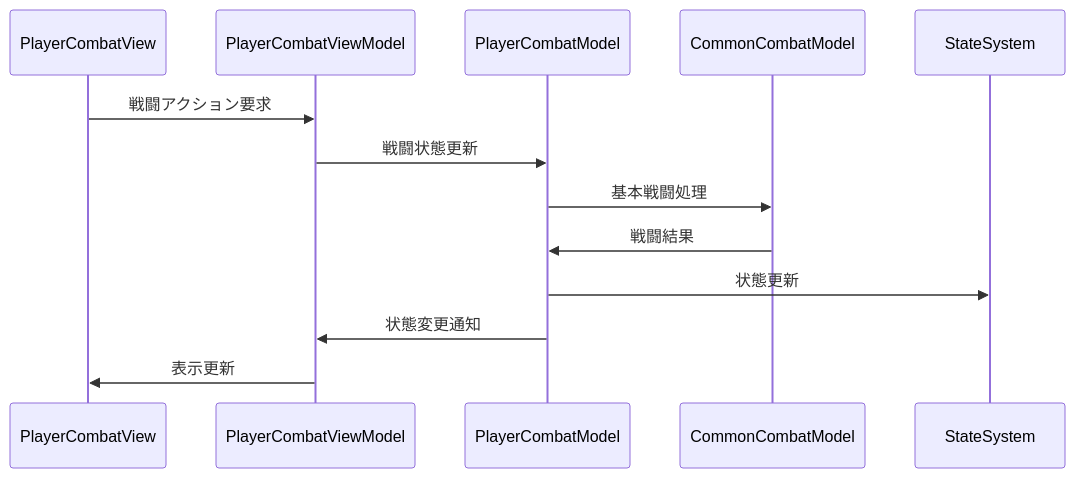
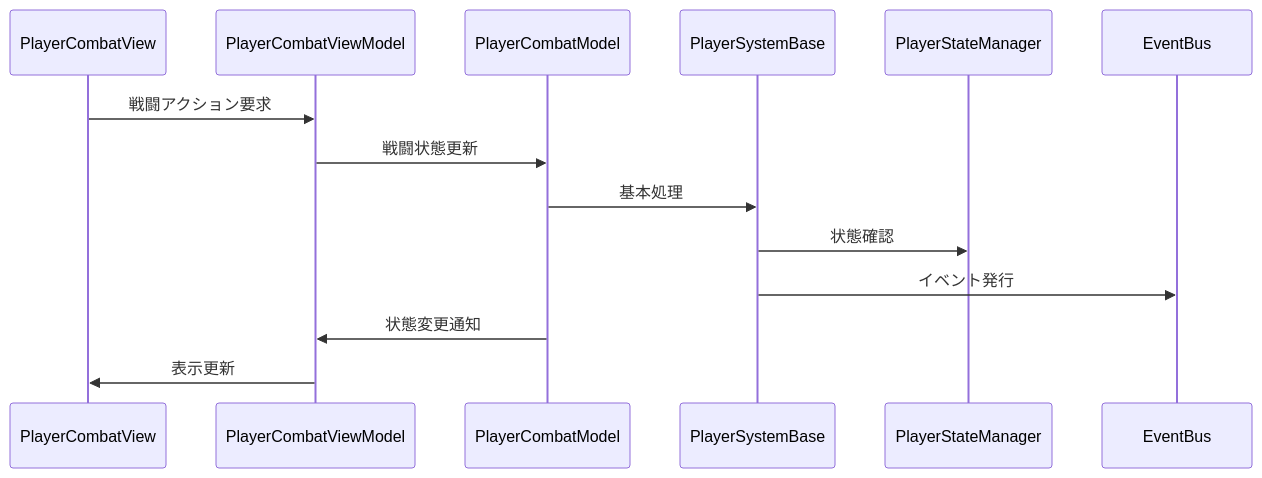
Before and after one commit to nel2116/GodotGame: the second of 2 diagrams in Docs/10_CoreDocs/12_Architecture/12_03_detailed_design/02_systems/01_player_system/03_combat_system.md, drawn with Mermaid. The commit also changed other lines of this file and 5 other files, not shown here.

````diff
--- a/Docs/10_CoreDocs/12_Architecture/12_03_detailed_design/02_systems/01_player_system/03_combat_system.md
+++ b/Docs/10_CoreDocs/12_Architecture/12_03_detailed_design/02_systems/01_player_system/03_combat_system.md
@@ -94,16 +97,17 @@
 ```mermaid
 sequenceDiagram
     participant View as PlayerCombatView
     participant ViewModel as PlayerCombatViewModel
     participant Model as PlayerCombatModel
-    participant Common as CommonCombatModel
-    participant State as StateSystem
+    participant Base as PlayerSystemBase
+    participant State as PlayerStateManager
+    participant Event as EventBus
 
     View->>ViewModel: 戦闘アクション要求
     ViewModel->>Model: 戦闘状態更新
-    Model->>Common: 基本戦闘処理
-    Common->>Model: 戦闘結果
-    Model->>State: 状態更新
+    Model->>Base: 基本処理
+    Base->>State: 状態確認
+    Base->>Event: イベント発行
     Model->>ViewModel: 状態変更通知
     ViewModel->>View: 表示更新
 ```
````
